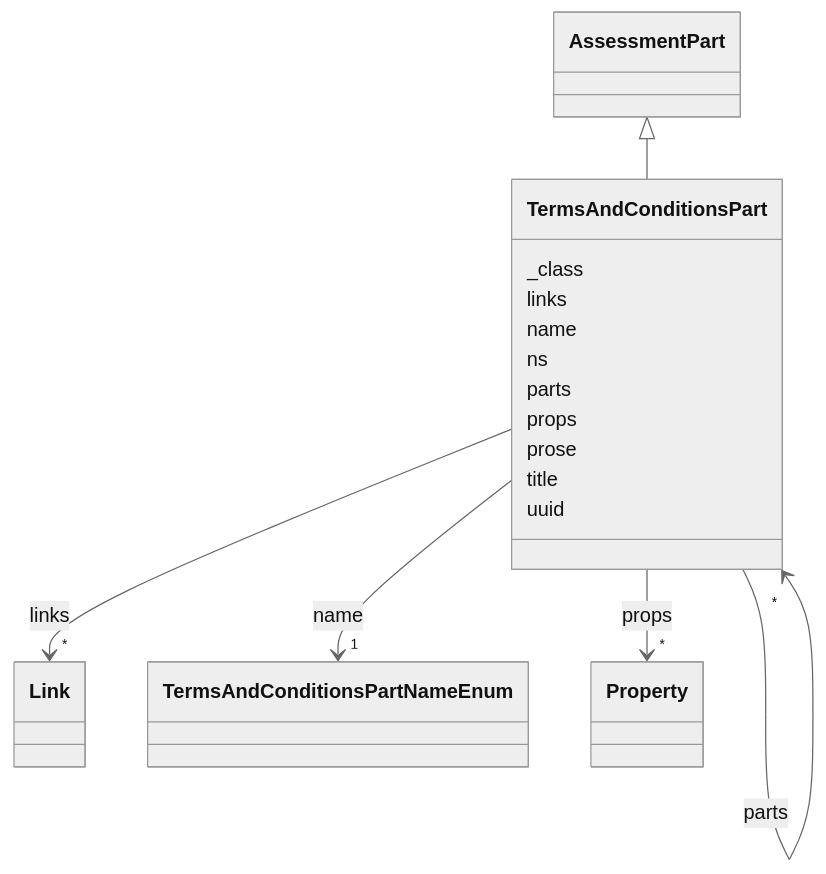
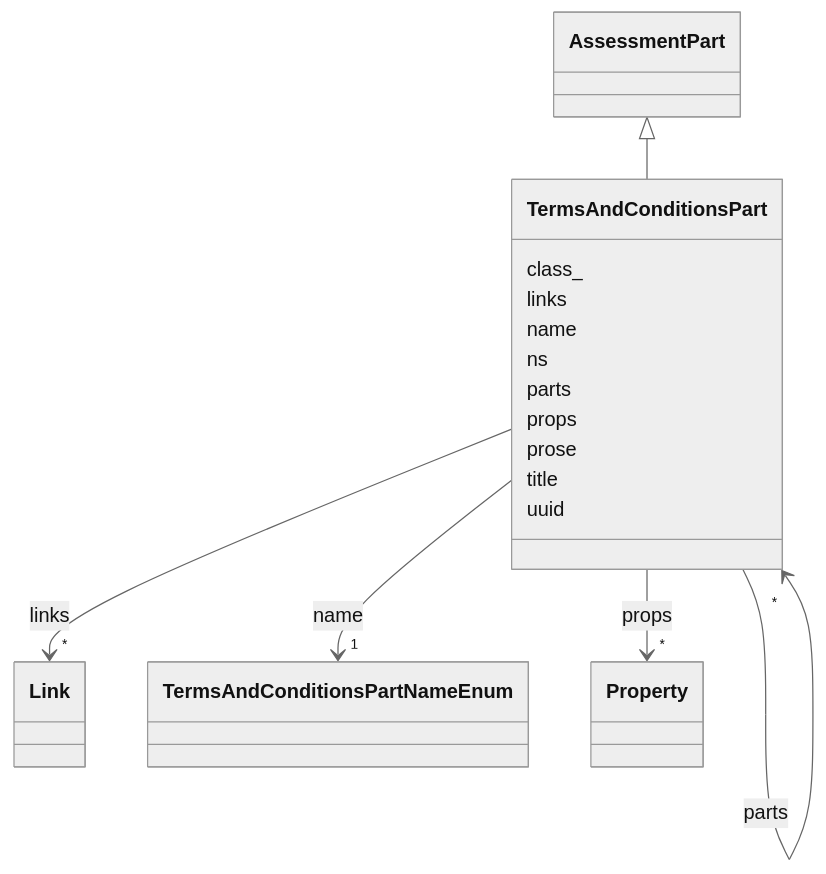
Before and after one commit to lmodel/oscal: the diagram in project/mermaid/TermsAndConditionsPart.md, drawn with Mermaid (neutral theme). The commit also changed 434 other files, not shown here.

Commit message:
fix(schema): stamp the modules for 1.2.3 and regenerate extended outputs

````diff
--- a/project/mermaid/TermsAndConditionsPart.md
+++ b/project/mermaid/TermsAndConditionsPart.md
@@ -4,63 +4,63 @@
 ```mermaid
  classDiagram
     class TermsAndConditionsPart
     click TermsAndConditionsPart href "../TermsAndConditionsPart"
       AssessmentPart <|-- TermsAndConditionsPart
         click AssessmentPart href "../AssessmentPart"
       
-      TermsAndConditionsPart : _class
+      TermsAndConditionsPart : class_
         
       TermsAndConditionsPart : links
         
           
     
         
         
         TermsAndConditionsPart --> "*" Link : links
         click Link href "../Link"
     
 
         
       TermsAndConditionsPart : name
         
           
     
         
         
         TermsAndConditionsPart --> "1" TermsAndConditionsPartNameEnum : name
         click TermsAndConditionsPartNameEnum href "../TermsAndConditionsPartNameEnum"
     
 
         
       TermsAndConditionsPart : ns
         
       TermsAndConditionsPart : parts
         
           
     
         
         
         TermsAndConditionsPart --> "*" TermsAndConditionsPart : parts
         click TermsAndConditionsPart href "../TermsAndConditionsPart"
     
 
         
       TermsAndConditionsPart : props
         
           
     
         
         
         TermsAndConditionsPart --> "*" Property : props
         click Property href "../Property"
     
 
         
       TermsAndConditionsPart : prose
         
       TermsAndConditionsPart : title
         
       TermsAndConditionsPart : uuid
         
       
 ```
````
